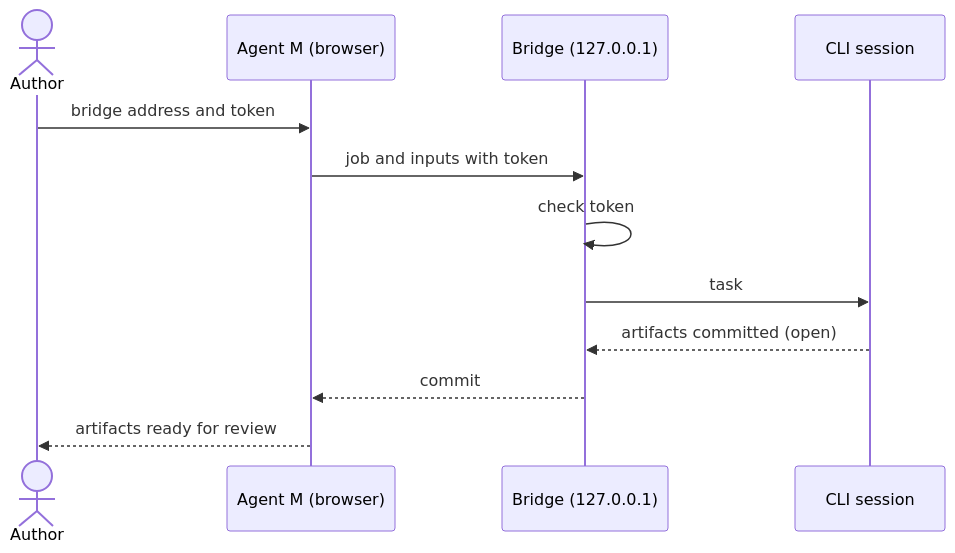
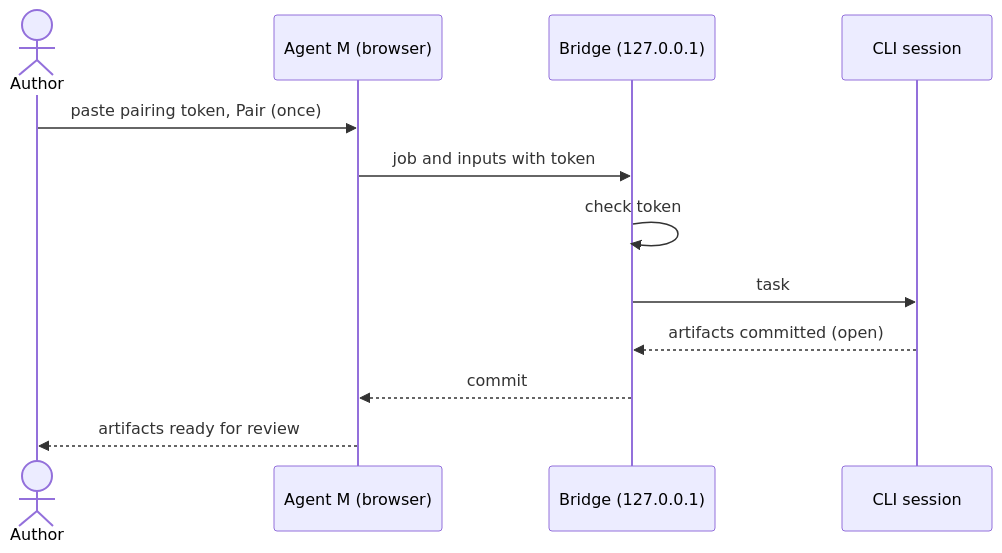
The diagram in docs/use-cases/UC-011-hand-a-job-to-a-local-cli-session.md (akmaier/agent-m), drawn with Mermaid before and after one commit. The commit also changed other lines of this file and 2 other files, not shown here.

First line of the commit message:
docs(use-cases): UC-011 pairing in the bridge's window, UC-034 gate decider, UC-001 layout with docs/architecture/

````diff
--- a/docs/use-cases/UC-011-hand-a-job-to-a-local-cli-session.md
+++ b/docs/use-cases/UC-011-hand-a-job-to-a-local-cli-session.md
@@ -56,14 +57,14 @@
 ```mermaid
 sequenceDiagram
     actor A as Author
     participant M as Agent M (browser)
     participant B as Bridge (127.0.0.1)
     participant C as CLI session
-    A->>M: bridge address and token
+    A->>M: paste pairing token, Pair (once)
     M->>B: job and inputs with token
     B->>B: check token
     B->>C: task
     C-->>B: artifacts committed (open)
     B-->>M: commit
     M-->>A: artifacts ready for review
 ```
````
